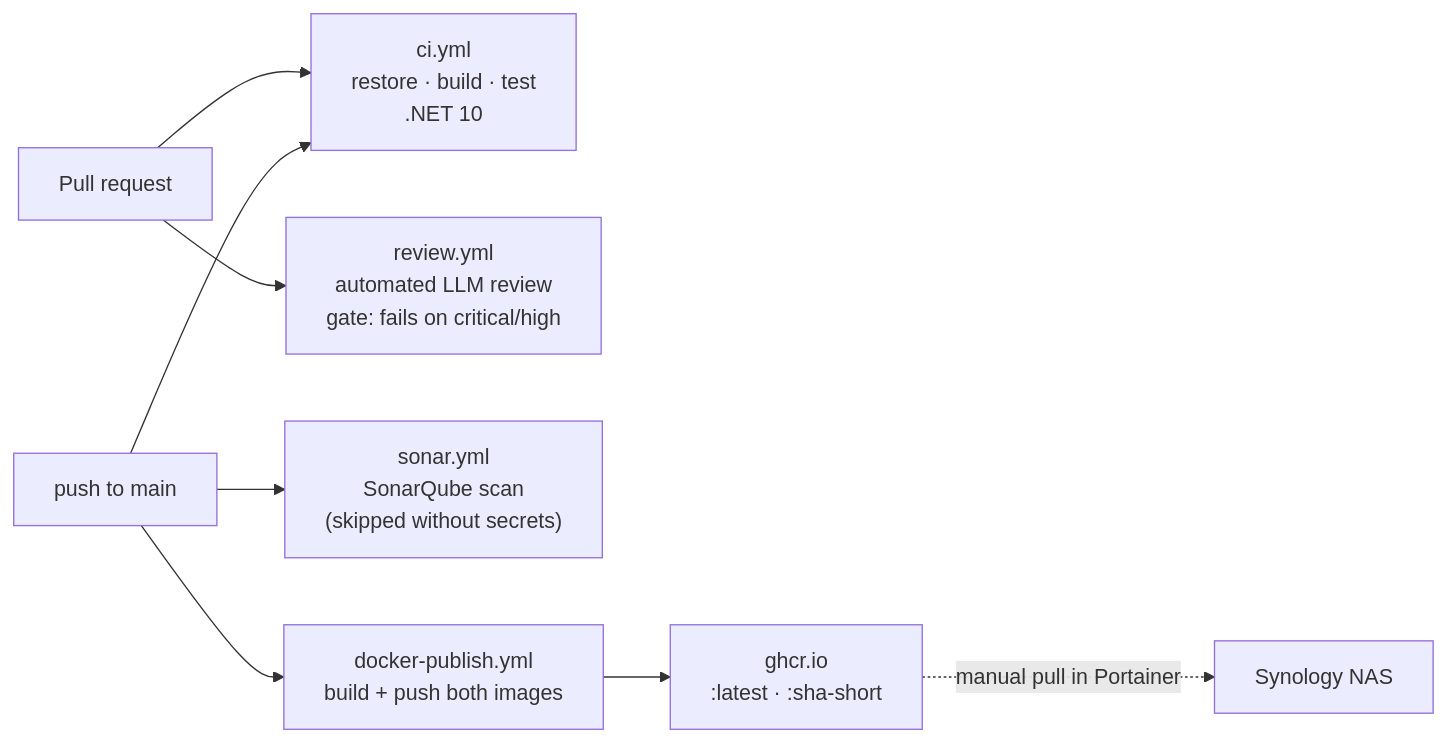
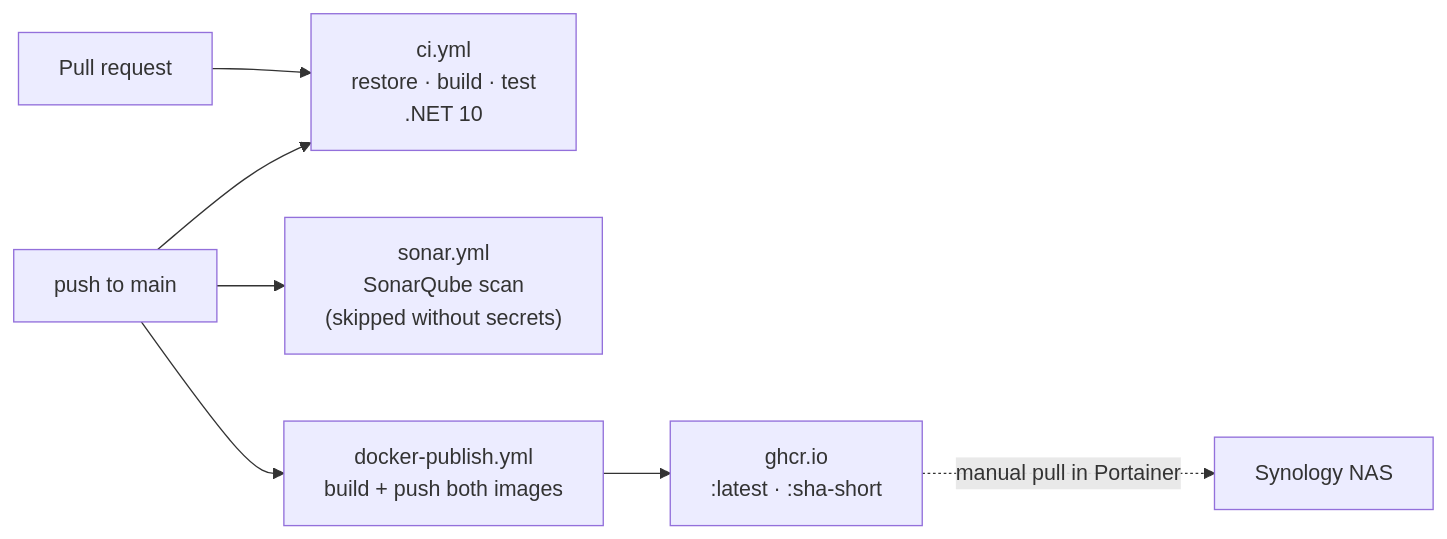
One commit to Gereon93/coffee changed the second of 2 diagrams in doc/arc42/07-deployment.md. Above: the diagram before and after it, drawn with Mermaid. The commit also changed other lines of this file and 5 other files, not shown here.

````diff
--- a/doc/arc42/07-deployment.md
+++ b/doc/arc42/07-deployment.md
@@ -125,10 +125,9 @@
 ```mermaid
 graph LR
     PR["Pull request"] --> CI1["ci.yml<br/>restore · build · test<br/>.NET 10"]
-    PR --> REV["review.yml<br/>automated LLM review<br/>gate: fails on critical/high"]
     MAIN["push to main"] --> CI1
     MAIN --> SON["sonar.yml<br/>SonarQube scan<br/>(skipped without secrets)"]
     MAIN --> PUB["docker-publish.yml<br/>build + push both images"]
     PUB --> GHCR["ghcr.io<br/>:latest · :sha-short"]
     GHCR -.->|manual pull in Portainer| NAS["Synology NAS"]
 ```
````
